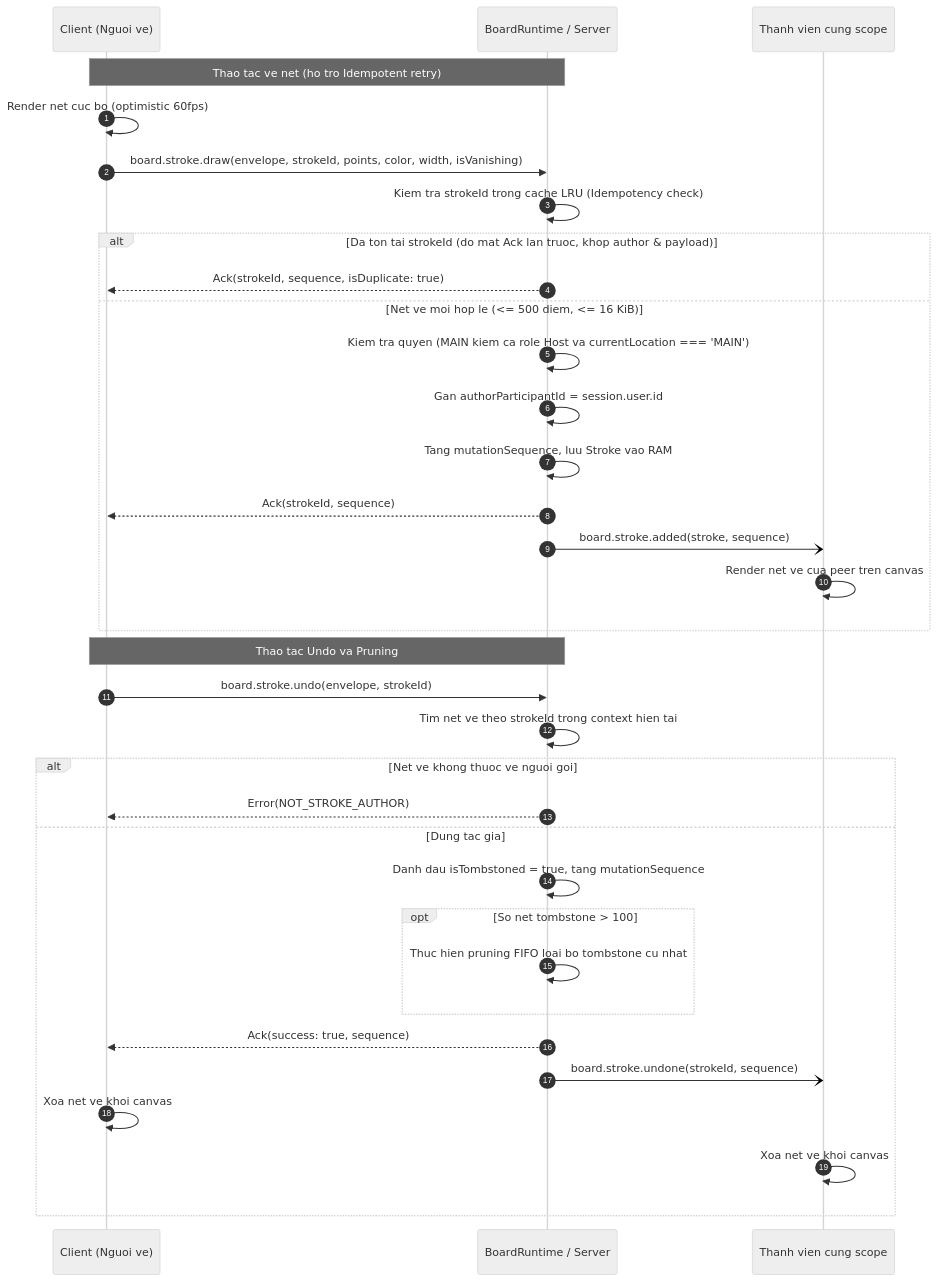
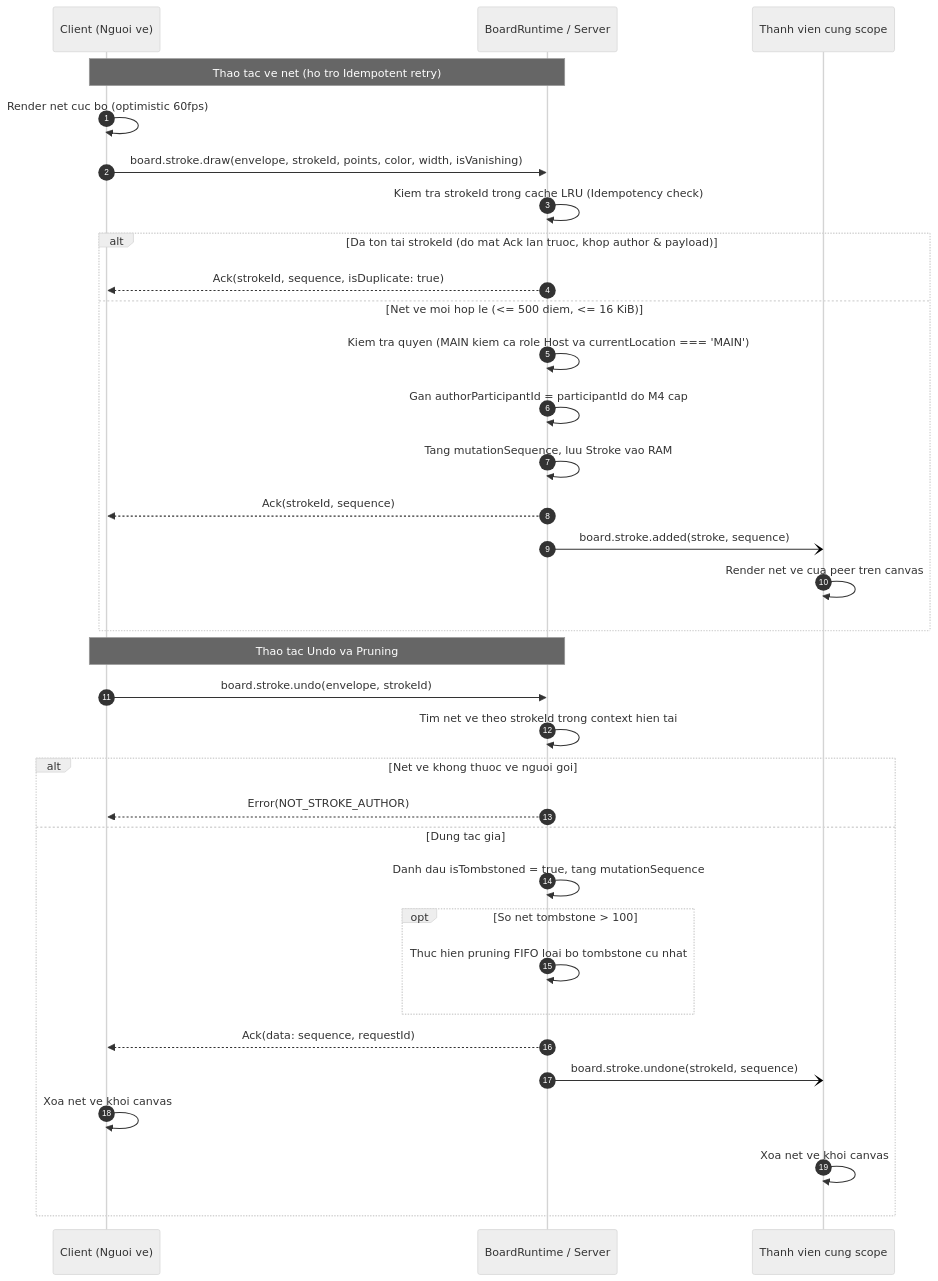
Before and after one commit to Lightning1507/CoLearnia: the seventh of 12 diagrams in docs/proposals/m5-board.md, drawn with Mermaid (neutral theme). The commit also changed other lines of this file and 21 other files, not shown here.

````diff
--- a/docs/proposals/m5-board.md
+++ b/docs/proposals/m5-board.md
@@ -610,38 +629,38 @@
 ```mermaid
 sequenceDiagram
   autonumber
   participant C as Client (Nguoi ve)
   participant S as BoardRuntime / Server
   participant P as Thanh vien cung scope
 
   Note over C,S: Thao tac ve net (ho tro Idempotent retry)
   C->>C: Render net cuc bo (optimistic 60fps)
   C->>S: board.stroke.draw(envelope, strokeId, points, color, width, isVanishing)
   S->>S: Kiem tra strokeId trong cache LRU (Idempotency check)
   alt Da ton tai strokeId (do mat Ack lan truoc, khop author & payload)
     S-->>C: Ack(strokeId, sequence, isDuplicate: true)
   else Net ve moi hop le (<= 500 diem, <= 16 KiB)
     S->>S: Kiem tra quyen (MAIN kiem ca role Host va currentLocation === 'MAIN')
-    S->>S: Gan authorParticipantId = session.user.id
+    S->>S: Gan authorParticipantId = participantId do M4 cap
     S->>S: Tang mutationSequence, luu Stroke vao RAM
     S-->>C: Ack(strokeId, sequence)
     S-)P: board.stroke.added(stroke, sequence)
     P->>P: Render net ve cua peer tren canvas
   end
 
   Note over C,S: Thao tac Undo va Pruning
   C->>S: board.stroke.undo(envelope, strokeId)
   S->>S: Tim net ve theo strokeId trong context hien tai
   alt Net ve khong thuoc ve nguoi goi
     S-->>C: Error(NOT_STROKE_AUTHOR)
   else Dung tac gia
     S->>S: Danh dau isTombstoned = true, tang mutationSequence
     opt So net tombstone > 100
       S->>S: Thuc hien pruning FIFO loai bo tombstone cu nhat
     end
-    S-->>C: Ack(success: true, sequence)
+    S-->>C: Ack(data: sequence, requestId)
     S-)P: board.stroke.undone(strokeId, sequence)
     C->>C: Xoa net ve khoi canvas
     P->>P: Xoa net ve khoi canvas
   end
 ```
````
